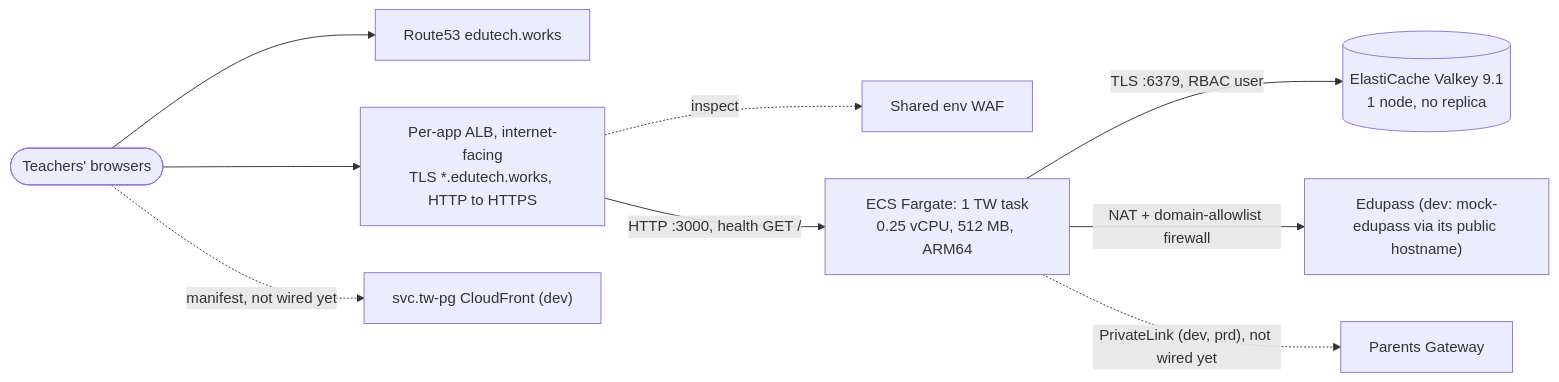
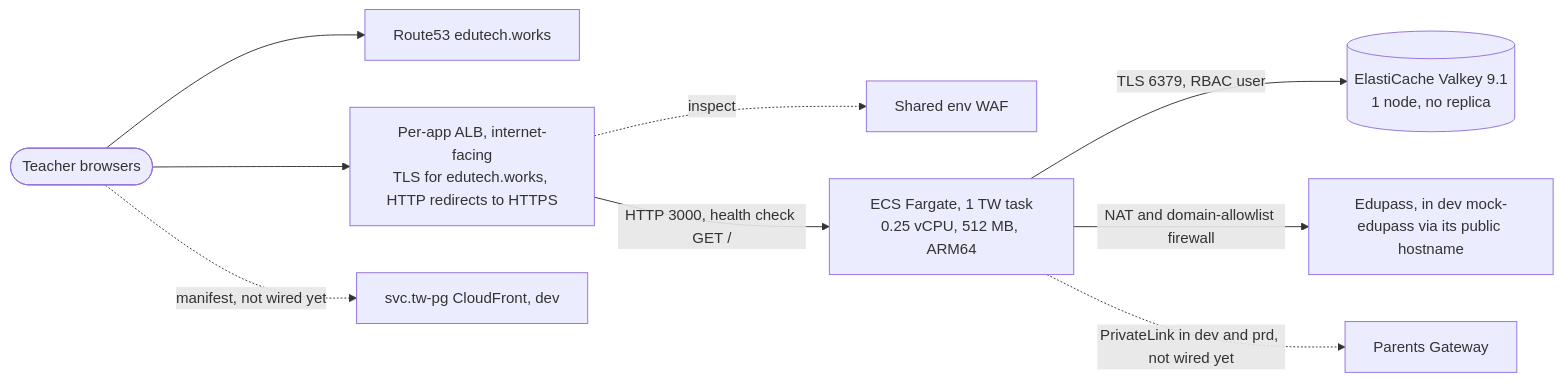
Before and after one commit to fatin-suhaimi/teacher-workspace: the fourth of 4 diagrams in docs/engineering-onboarding/08-infrastructure-and-operations.md, drawn with Mermaid. The commit also changed other lines of this file and 2 other files, not shown here.

Commit message:
docs(`engineering-onboarding`): use conservative Mermaid syntax in 08 diagrams

````diff
--- a/docs/engineering-onboarding/08-infrastructure-and-operations.md
+++ b/docs/engineering-onboarding/08-infrastructure-and-operations.md
@@ -108,11 +109,11 @@
 ```mermaid
 flowchart LR
-    U(["Teachers' browsers"]) --> DNS["Route53 edutech.works"]
-    U --> ALB["Per-app ALB, internet-facing<br/>TLS *.edutech.works, HTTP to HTTPS"]
-    ALB -. "inspect" .-> WAF["Shared env WAF"]
-    ALB -- "HTTP :3000, health GET /" --> TW["ECS Fargate: 1 TW task<br/>0.25 vCPU, 512 MB, ARM64"]
-    TW -- "TLS :6379, RBAC user" --> VK[("ElastiCache Valkey 9.1<br/>1 node, no replica")]
-    TW -- "NAT + domain-allowlist firewall" --> EP["Edupass (dev: mock-edupass via its public hostname)"]
-    TW -. "PrivateLink (dev, prd), not wired yet" .-> PG["Parents Gateway"]
-    U -. "manifest, not wired yet" .-> MFE["svc.tw-pg CloudFront (dev)"]
+    U(["Teacher browsers"]) --> DNS["Route53 edutech.works"]
+    U --> ALB["Per-app ALB, internet-facing<br/>TLS for edutech.works, HTTP redirects to HTTPS"]
+    ALB -.->|inspect| WAF["Shared env WAF"]
+    ALB -->|HTTP 3000, health check GET /| TW["ECS Fargate, 1 TW task<br/>0.25 vCPU, 512 MB, ARM64"]
+    TW -->|TLS 6379, RBAC user| VK[("ElastiCache Valkey 9.1<br/>1 node, no replica")]
+    TW -->|NAT and domain-allowlist firewall| EP["Edupass, in dev mock-edupass via its public hostname"]
+    TW -.->|PrivateLink in dev and prd, not wired yet| PG["Parents Gateway"]
+    U -.->|manifest, not wired yet| MFE["svc.tw-pg CloudFront, dev"]
 ```
````
